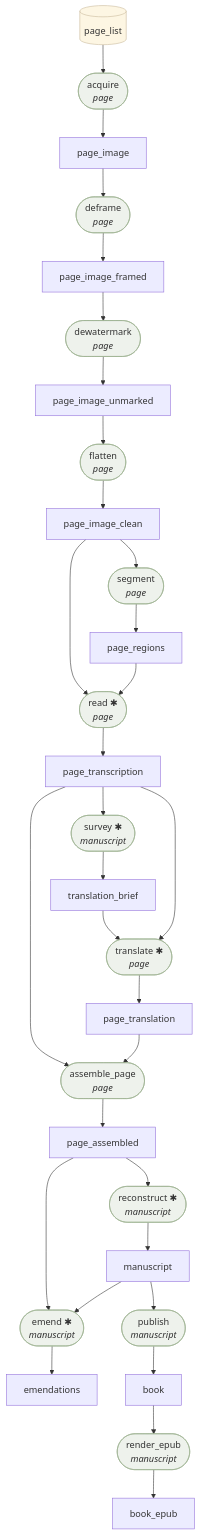
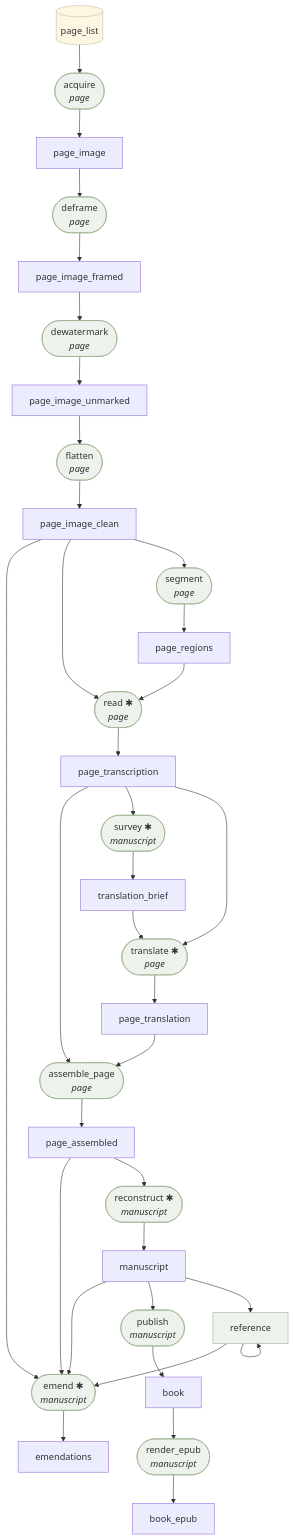
One commit to Dexin-Huang/palimpsest changed the diagram in docs/CONTRACTS.md. Above: the diagram before and after it, drawn with Mermaid. The commit also changed other lines of this file and 13 other files, not shown here.

First line of the commit message:
feat(factory): two-pass editorial head — reference dossier + agentic emend

````diff
--- a/docs/CONTRACTS.md
+++ b/docs/CONTRACTS.md
@@ -9,74 +9,81 @@
 ```mermaid
 flowchart TB
   page_list --> acquire
   acquire --> page_image
   page_transcription --> assemble_page
   page_translation --> assemble_page
   assemble_page --> page_assembled
   page_image --> deframe
   deframe --> page_image_framed
   page_image_framed --> dewatermark
   dewatermark --> page_image_unmarked
   manuscript --> emend
+  reference --> emend
   page_assembled --> emend
+  page_image_clean --> emend
   emend --> emendations
   page_image_unmarked --> flatten
   flatten --> page_image_clean
   manuscript --> publish
   publish --> book
   page_image_clean --> read
   page_regions --> read
   read --> page_transcription
   page_assembled --> reconstruct
   reconstruct --> manuscript
+  manuscript --> reference
+  reference --> reference
   book --> render_epub
   render_epub --> book_epub
   page_image_clean --> segment
   segment --> page_regions
   page_transcription --> survey
   survey --> translation_brief
   page_transcription --> translate
   translation_brief --> translate
   translate --> page_translation
   acquire(["acquire<br/><i>page</i>"])
   style acquire fill:#eef2ec,stroke:#9ab08f
   assemble_page(["assemble_page<br/><i>page</i>"])
   style assemble_page fill:#eef2ec,stroke:#9ab08f
   deframe(["deframe<br/><i>page</i>"])
   style deframe fill:#eef2ec,stroke:#9ab08f
   dewatermark(["dewatermark<br/><i>page</i>"])
   style dewatermark fill:#eef2ec,stroke:#9ab08f
   emend(["emend ✱<br/><i>manuscript</i>"])
   style emend fill:#eef2ec,stroke:#9ab08f
   flatten(["flatten<br/><i>page</i>"])
   style flatten fill:#eef2ec,stroke:#9ab08f
   publish(["publish<br/><i>manuscript</i>"])
   style publish fill:#eef2ec,stroke:#9ab08f
   read(["read ✱<br/><i>page</i>"])
   style read fill:#eef2ec,stroke:#9ab08f
   reconstruct(["reconstruct ✱<br/><i>manuscript</i>"])
   style reconstruct fill:#eef2ec,stroke:#9ab08f
+  reference(["reference ✱<br/><i>manuscript</i>"])
+  style reference fill:#eef2ec,stroke:#9ab08f
   render_epub(["render_epub<br/><i>manuscript</i>"])
   style render_epub fill:#eef2ec,stroke:#9ab08f
   segment(["segment<br/><i>page</i>"])
   style segment fill:#eef2ec,stroke:#9ab08f
   survey(["survey ✱<br/><i>manuscript</i>"])
   style survey fill:#eef2ec,stroke:#9ab08f
   translate(["translate ✱<br/><i>page</i>"])
   style translate fill:#eef2ec,stroke:#9ab08f
   book["book"]
   book_epub["book_epub"]
   emendations["emendations"]
   manuscript["manuscript"]
   page_assembled["page_assembled"]
   page_image["page_image"]
   page_image_clean["page_image_clean"]
   page_image_framed["page_image_framed"]
   page_image_unmarked["page_image_unmarked"]
   page_list[("page_list")]
   style page_list fill:#fdf6e3,stroke:#c9b99a
   page_regions["page_regions"]
   page_transcription["page_transcription"]
   page_translation["page_translation"]
+  reference["reference"]
   translation_brief["translation_brief"]
 ```
````
